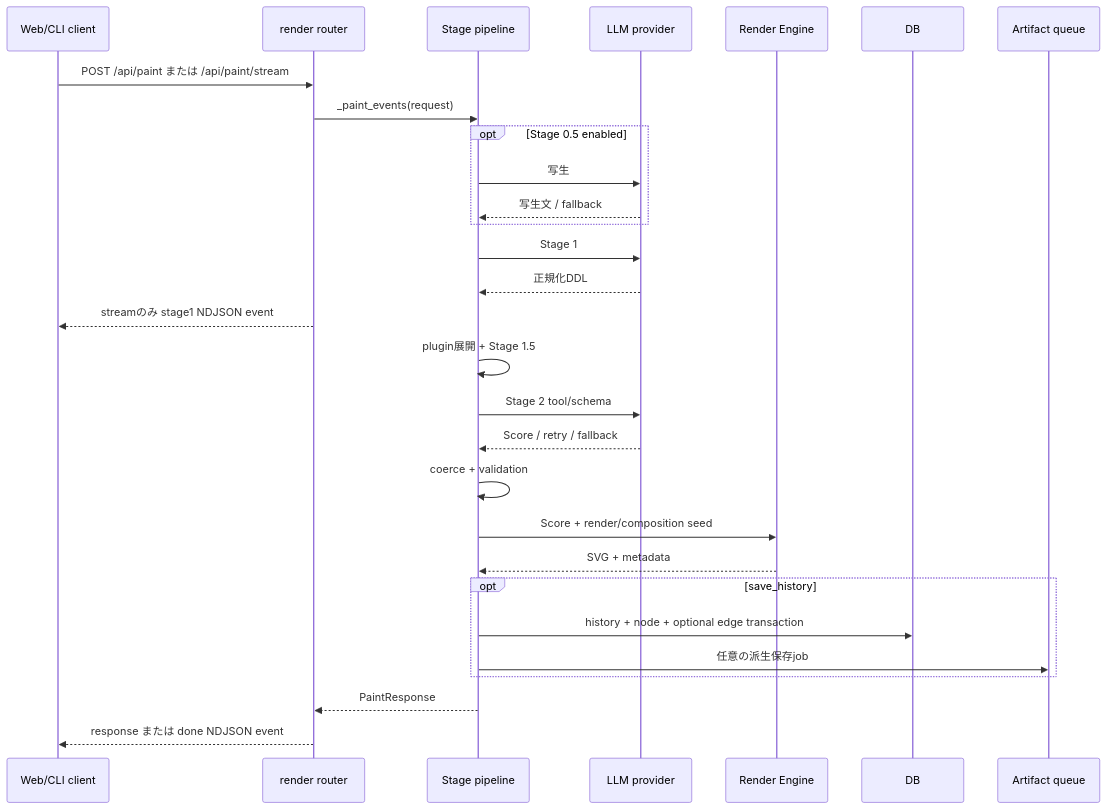
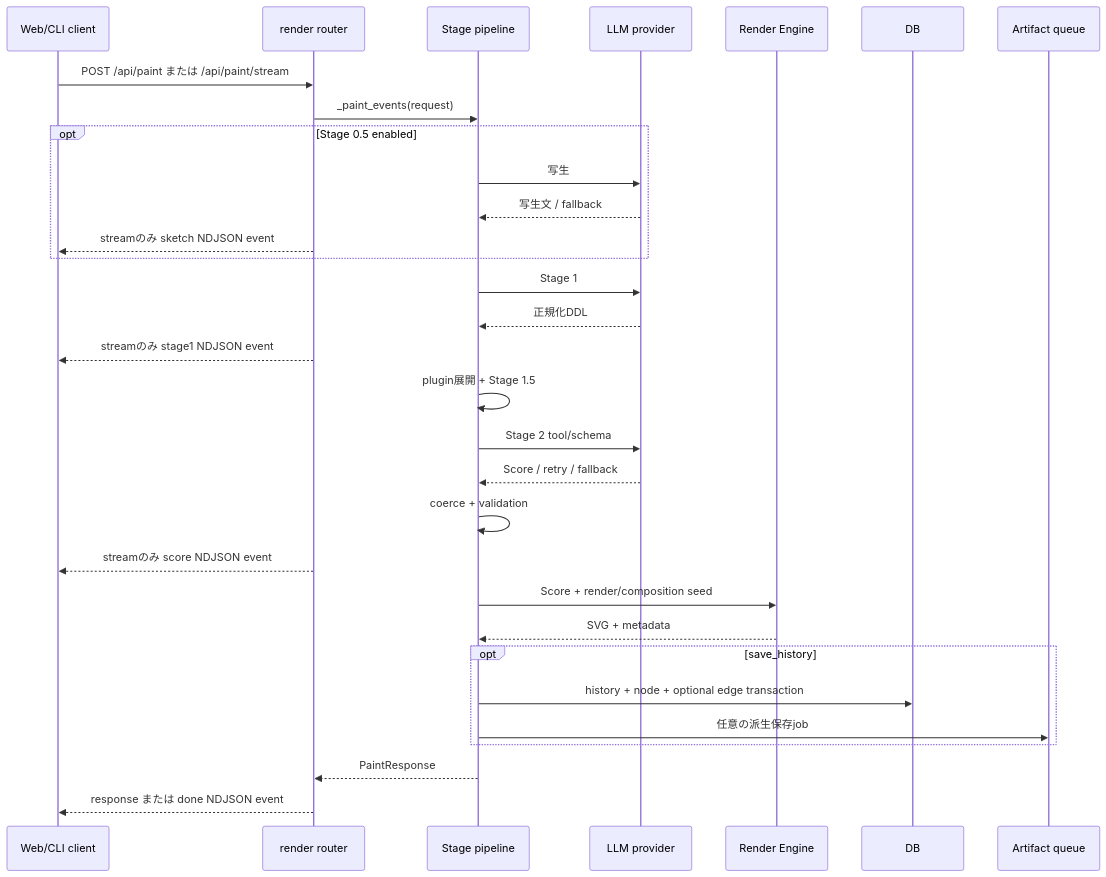
Before and after one commit to oikawas/inku-lang: the second of 2 diagrams in docs/architecture/ddl-processing-pipeline.ja.md, drawn with Mermaid. The commit also changed 31 other files, not shown here.

````diff
--- a/docs/architecture/ddl-processing-pipeline.ja.md
+++ b/docs/architecture/ddl-processing-pipeline.ja.md
@@ -56,32 +56,34 @@
 ```mermaid
 sequenceDiagram
     participant C as Web/CLI client
     participant R as render router
     participant P as Stage pipeline
     participant L as LLM provider
     participant E as Render Engine
     participant D as DB
     participant F as Artifact queue
 
     C->>R: POST /api/paint または /api/paint/stream
     R->>P: _paint_events(request)
     opt Stage 0.5 enabled
         P->>L: 写生
         L-->>P: 写生文 / fallback
+        R-->>C: streamのみ sketch NDJSON event
     end
     P->>L: Stage 1
     L-->>P: 正規化DDL
     R-->>C: streamのみ stage1 NDJSON event
     P->>P: plugin展開 + Stage 1.5
     P->>L: Stage 2 tool/schema
     L-->>P: Score / retry / fallback
     P->>P: coerce + validation
+    R-->>C: streamのみ score NDJSON event
     P->>E: Score + render/composition seed
     E-->>P: SVG + metadata
     opt save_history
         P->>D: history + node + optional edge transaction
         P->>F: 任意の派生保存job
     end
     P-->>R: PaintResponse
     R-->>C: response または done NDJSON event
 ```
````
